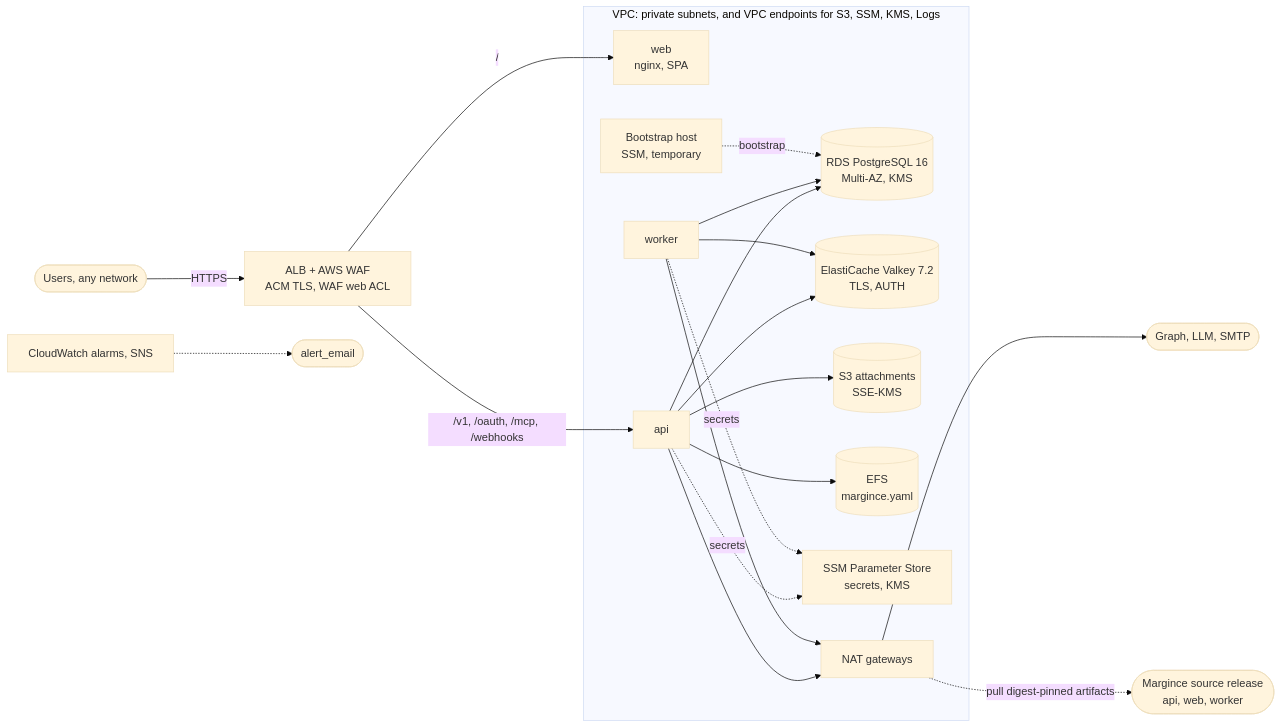
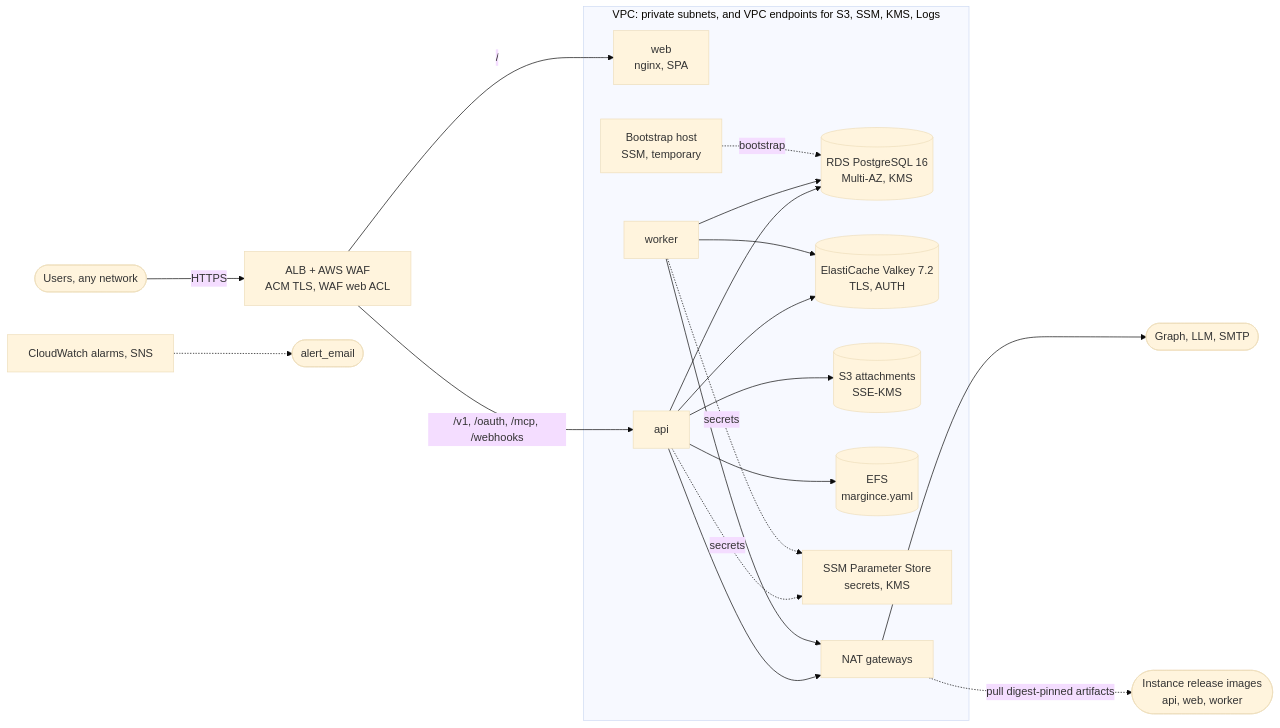
The diagram in deploy/production/aws/standard/README.md (margince/template), drawn with Mermaid (base theme) before and after one commit. The commit also changed other lines of this file and 15 other files, not shown here.

First line of the commit message:
docs(deploy): the cloud stacks consume instance release images

````diff
--- a/deploy/production/aws/standard/README.md
+++ b/deploy/production/aws/standard/README.md
@@ -20,32 +20,32 @@
 ```mermaid
 flowchart LR
   users(["Users, any network"]) -->|"HTTPS"| alb["ALB + AWS WAF<br/>ACM TLS, WAF web ACL"]
   subgraph vpc["VPC: private subnets, and VPC endpoints for S3, SSM, KMS, Logs"]
     web["web<br/>nginx, SPA"]
     api["api"]
     worker["worker"]
     pg[("RDS PostgreSQL 16<br/>Multi-AZ, KMS")]
     cache[("ElastiCache Valkey 7.2<br/>TLS, AUTH")]
     s3[("S3 attachments<br/>SSE-KMS")]
     efs[("EFS<br/>margince.yaml")]
     ssm["SSM Parameter Store<br/>secrets, KMS"]
     nat["NAT gateways"]
     ops["Bootstrap host<br/>SSM, temporary"]
   end
   alb -->|"/"| web
   alb -->|"/v1, /oauth, /mcp, /webhooks"| api
   api --> pg
   api --> cache
   worker --> pg
   worker --> cache
   api --> s3
   api --> efs
   api -.->|"secrets"| ssm
   worker -.->|"secrets"| ssm
   api --> nat
   worker --> nat
   nat --> ext(["Graph, LLM, SMTP"])
-  nat -.->|"pull digest-pinned artifacts"| reg(["Margince source release<br/>api, web, worker"])
+  nat -.->|"pull digest-pinned artifacts"| reg(["Instance release images<br/>api, web, worker"])
   ops -.->|"bootstrap"| pg
   alarms["CloudWatch alarms, SNS"] -.-> mail(["alert_email"])
 ```
````
